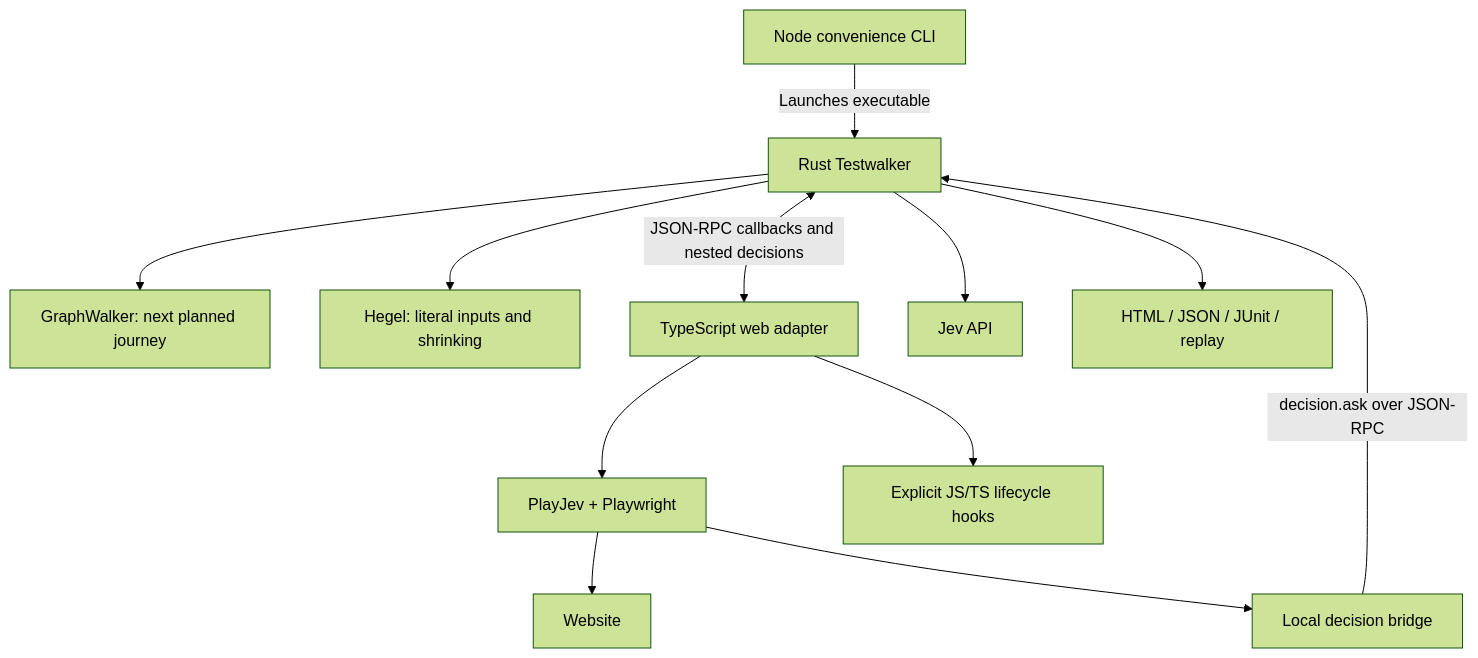
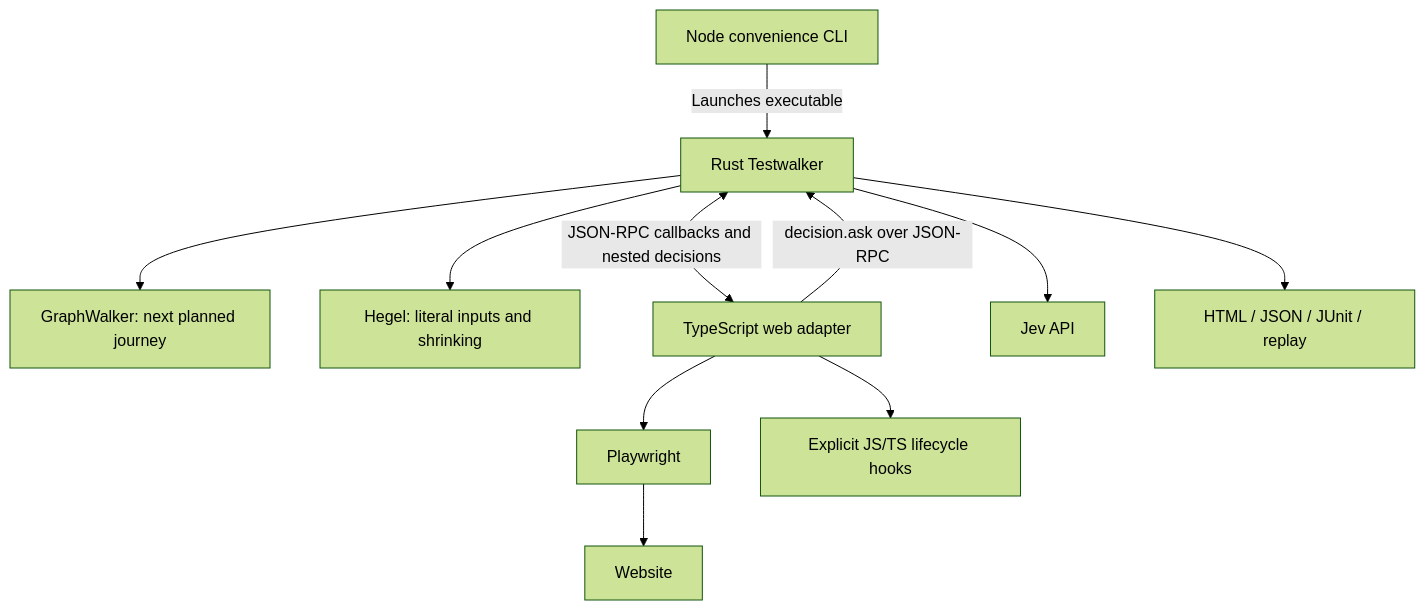
The diagram in testwalker-web/README.md (mattlock83/testwalker), drawn with Mermaid (forest theme) before and after one commit. The commit also changed other lines of this file and 17 other files, not shown here.

Commit message:
Replace PlayJev with direct Playwright and Jev execution

````diff
--- a/testwalker-web/README.md
+++ b/testwalker-web/README.md
@@ -69,14 +69,13 @@
 ```mermaid
 flowchart TD
   CLI[Node convenience CLI] -->|Launches executable| R[Rust Testwalker]
   R --> G[GraphWalker: next planned journey]
   R --> H[Hegel: literal inputs and shrinking]
   R <-->|JSON-RPC callbacks and nested decisions| A[TypeScript web adapter]
-  A --> P[PlayJev + Playwright]
+  A --> P[Playwright]
   P --> W[Website]
-  P --> B[Local decision bridge]
-  B -->|decision.ask over JSON-RPC| R
+  A -->|decision.ask over JSON-RPC| R
   R --> J[Jev API]
   A --> K[Explicit JS/TS lifecycle hooks]
   R --> O[HTML / JSON / JUnit / replay]
 ```
````
